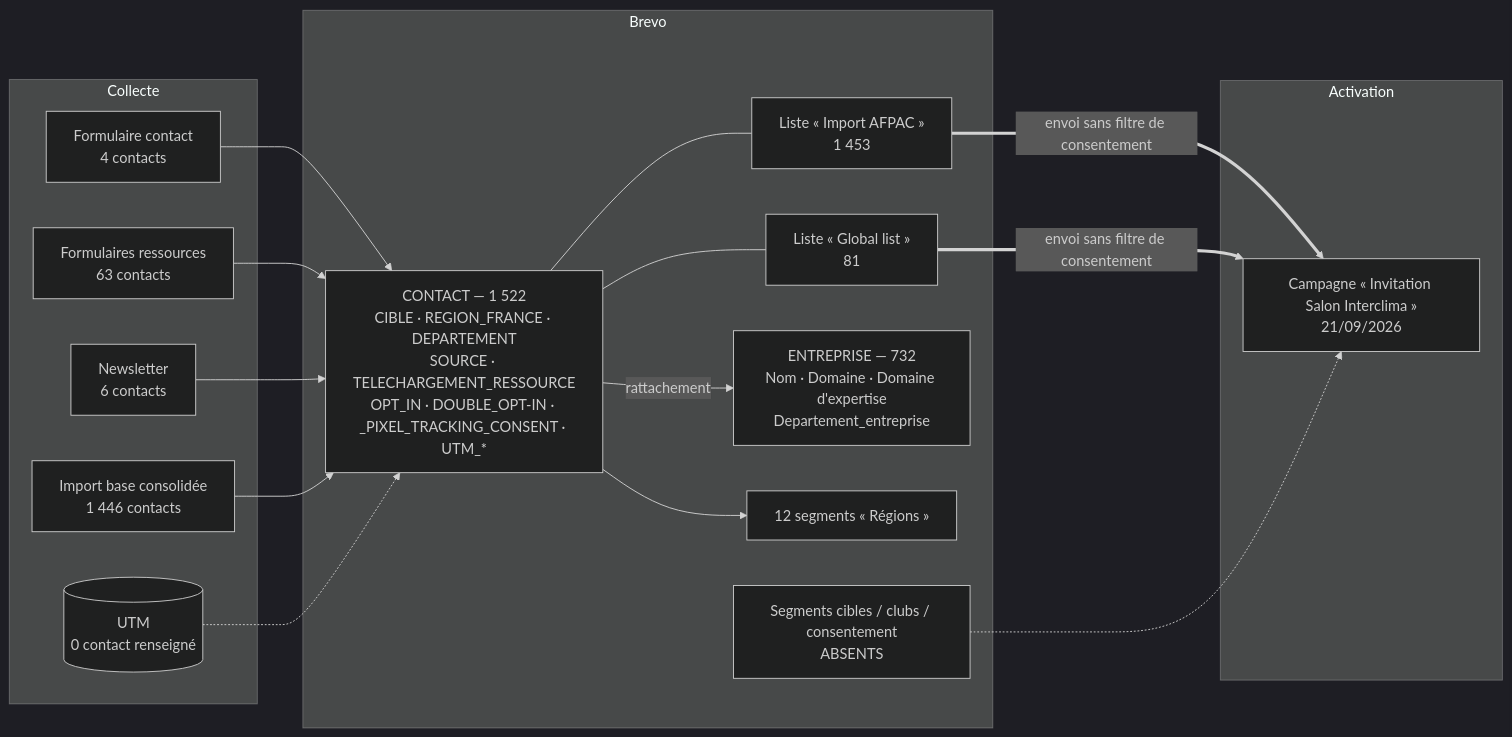
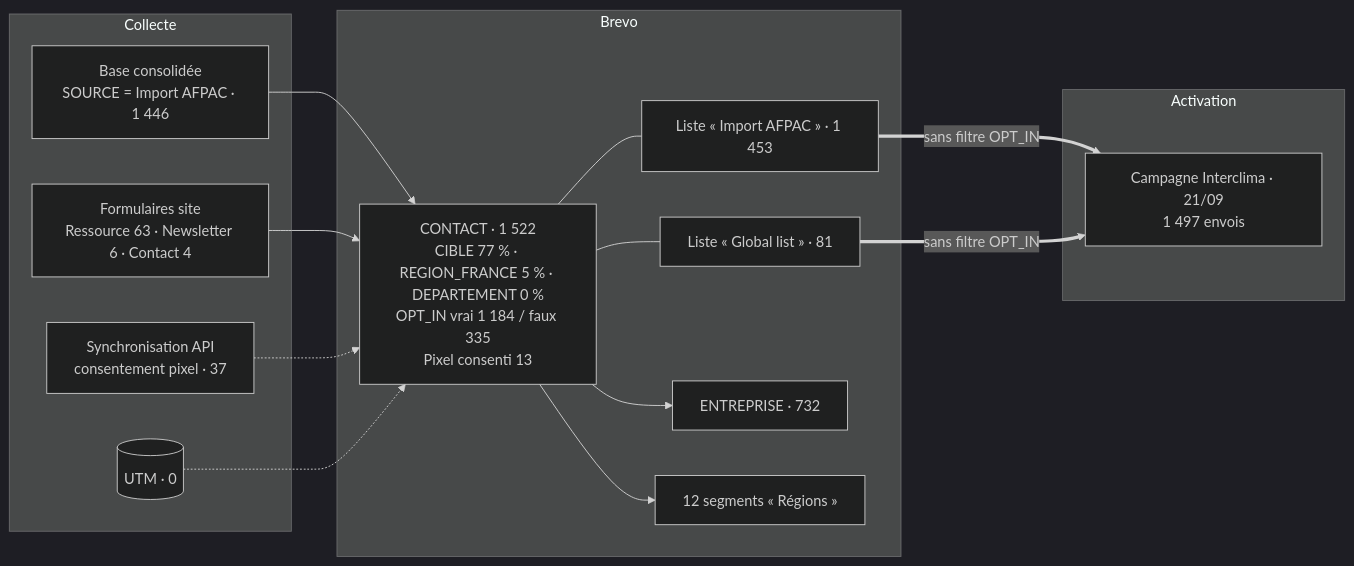
One commit to willdigi99/cepac changed the first of 2 diagrams in DOCUMENTATION_CRM_BREVO_CEPAC.md. Above: the diagram before and after it, drawn with Mermaid (dark theme). The commit also changed other lines of this file, not shown here.

First line of the commit message:
Doc CRM v1.0 : extraction complète (consentement, délivrabilité, régions, stats campagne)

````diff
--- a/DOCUMENTATION_CRM_BREVO_CEPAC.md
+++ b/DOCUMENTATION_CRM_BREVO_CEPAC.md
@@ -78,31 +89,30 @@
 ```mermaid
 flowchart LR
     subgraph Collecte
-        F1[Formulaire contact<br/>4 contacts]
-        F2[Formulaires ressources<br/>63 contacts]
-        F3[Newsletter<br/>6 contacts]
-        I1[Import base consolidée<br/>1 446 contacts]
-        UTM[(UTM<br/>0 contact renseigné)]
+        I1[Base consolidée<br/>SOURCE = Import AFPAC · 1 446]
+        F[Formulaires site<br/>Ressource 63 · Newsletter 6 · Contact 4]
+        API[Synchronisation API<br/>consentement pixel · 37]
+        UTM[(UTM · 0)]
     end
 
     subgraph Brevo
-        L8[Liste « Import AFPAC »<br/>1 453]
-        L2[Liste « Global list »<br/>81]
-        C[CONTACT — 1 522<br/>CIBLE · REGION_FRANCE · DEPARTEMENT<br/>SOURCE · TELECHARGEMENT_RESSOURCE<br/>OPT_IN · DOUBLE_OPT-IN · _PIXEL_TRACKING_CONSENT · UTM_*]
-        E[ENTREPRISE — 732<br/>Nom · Domaine · Domaine d'expertise<br/>Departement_entreprise]
+        L8[Liste « Import AFPAC » · 1 453]
+        L2[Liste « Global list » · 81]
+        C[CONTACT · 1 522<br/>CIBLE 77 % · REGION_FRANCE 5 % · DEPARTEMENT 0 %<br/>OPT_IN vrai 1 184 / faux 335<br/>Pixel consenti 13]
+        E[ENTREPRISE · 732]
         SR[12 segments « Régions »]
-        SX[Segments cibles / clubs / consentement<br/>ABSENTS]
     end
 
     subgraph Activation
-        N[Campagne « Invitation Salon Interclima »<br/>21/09/2026]
+        N[Campagne Interclima · 21/09<br/>1 497 envois]
     end
 
-    F1 & F2 & F3 & I1 --> C
+    I1 --> C
+    F --> C
+    API -.-> C
     UTM -.-> C
     C --- L8 & L2
-    C -- rattachement --> E
+    C --> E
     C --> SR
-    L8 & L2 ==>|envoi sans filtre de consentement| N
-    SX -.-> N
+    L8 & L2 ==>|sans filtre OPT_IN| N
 ```
````
